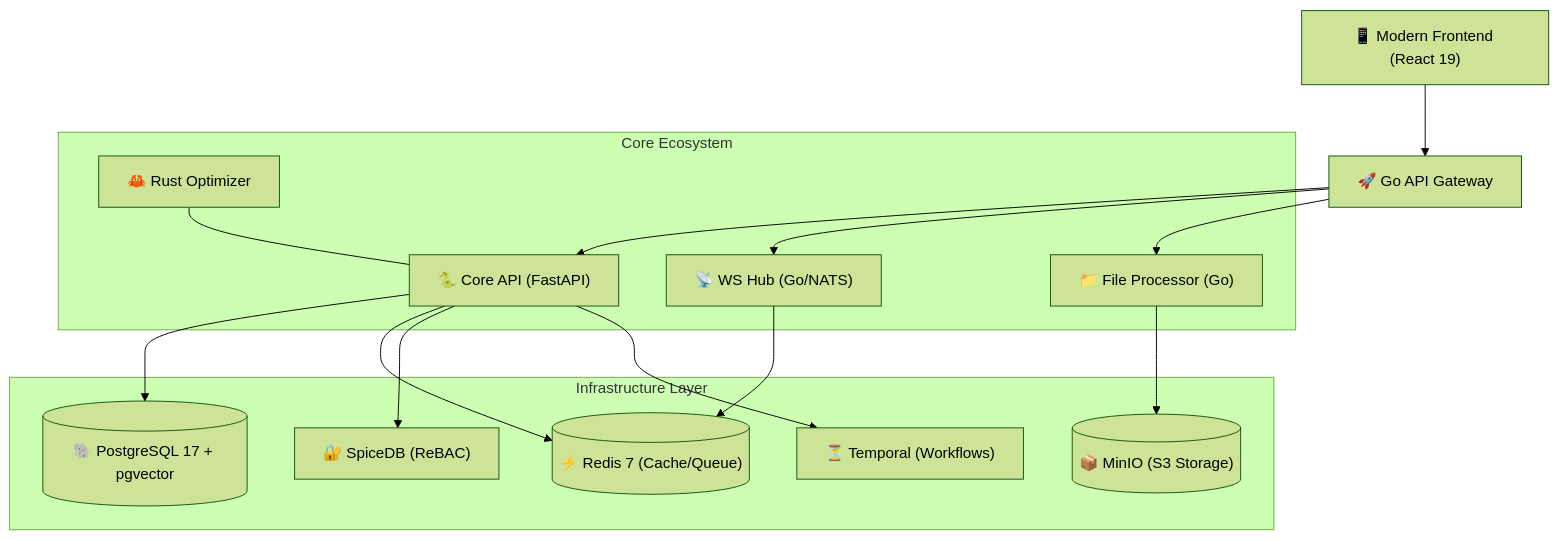
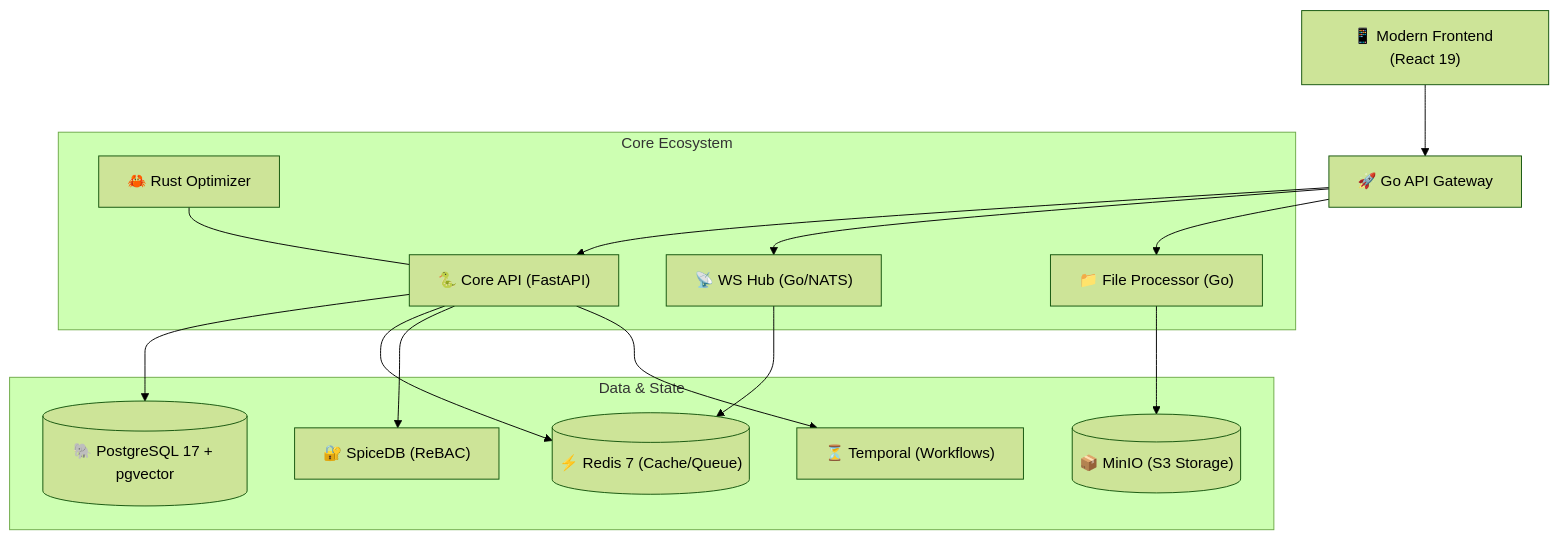
One commit to egorribun/university_ecosystem changed the diagram in README.md. Above: the diagram before and after it, drawn with Mermaid (forest theme). The commit also changed other lines of this file and 32 other files, not shown here.

````diff
--- a/README.md
+++ b/README.md
@@ -35,34 +39,34 @@
 ```mermaid
 graph TD
     Client["📱 Modern Frontend (React 19)"]
     Gateway["🚀 Go API Gateway"]
 
     subgraph "Core Ecosystem"
         Backend["🐍 Core API (FastAPI)"]
         WSHub["📡 WS Hub (Go/NATS)"]
         FileProc["📁 File Processor (Go)"]
         Optimizer["🦀 Rust Optimizer"]
     end
 
-    subgraph "Infrastructure Layer"
+    subgraph "Data & State"
         Postgres[("🐘 PostgreSQL 17 + pgvector")]
         Redis[("⚡ Redis 7 (Cache/Queue)")]
         MinIO[("📦 MinIO (S3 Storage)")]
         Temporal["⏳ Temporal (Workflows)"]
         SpiceDB["🔐 SpiceDB (ReBAC)"]
     end
 
     Client --> Gateway
     Gateway --> Backend
     Gateway --> WSHub
     Gateway --> FileProc
 
     Backend --> Postgres
     Backend --> Redis
     Backend --> SpiceDB
     Backend --> Temporal
 
     WSHub --> Redis
     FileProc --> MinIO
     Optimizer --- Backend
 ```
````
